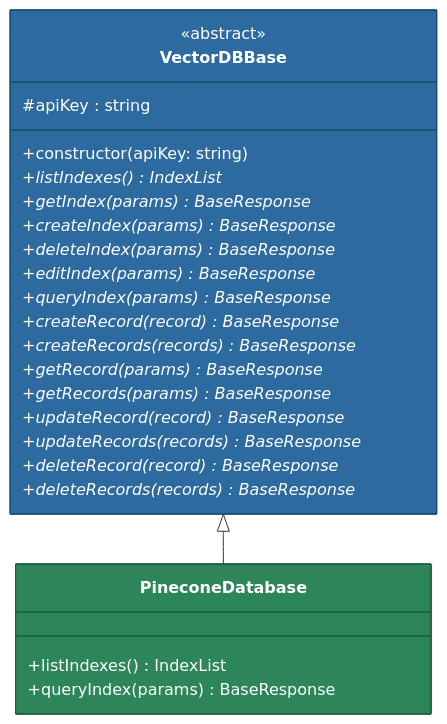
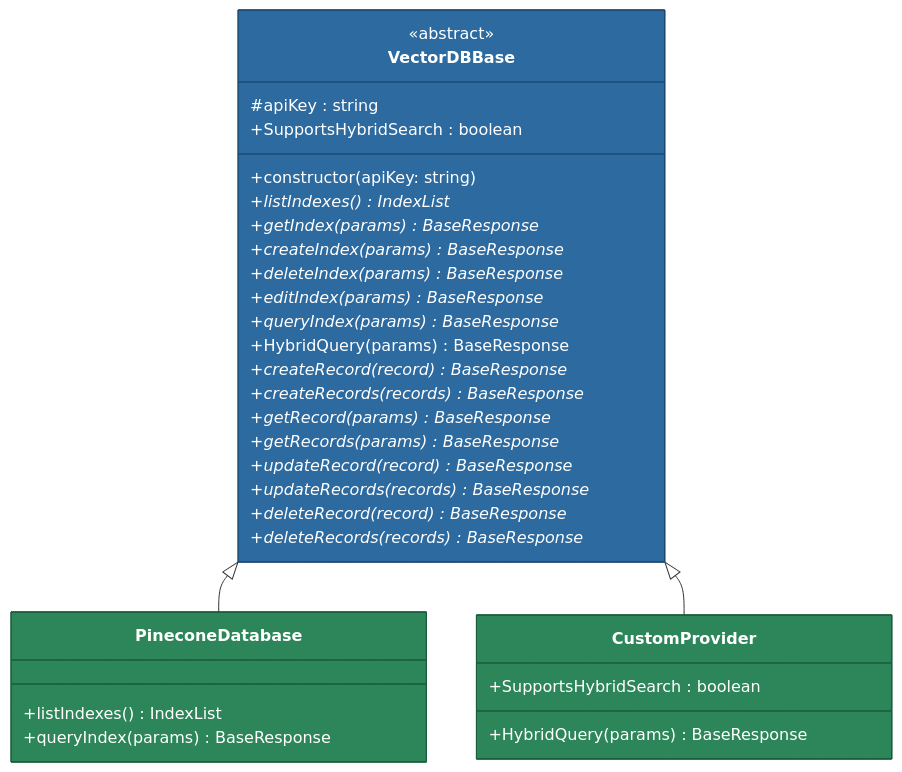
Before and after one commit to MemberJunction/MJ: the second of 3 diagrams in packages/AI/Vectors/Database/README.md, drawn with Mermaid. The commit also changed other lines of this file and 32 other files, not shown here.

````diff
--- a/packages/AI/Vectors/Database/README.md
+++ b/packages/AI/Vectors/Database/README.md
@@ -64,32 +82,41 @@
 ```mermaid
 classDiagram
     class VectorDBBase {
         <<abstract>>
         #apiKey : string
         +constructor(apiKey: string)
+        +SupportsHybridSearch : boolean
         +listIndexes()* IndexList
         +getIndex(params)* BaseResponse
         +createIndex(params)* BaseResponse
         +deleteIndex(params)* BaseResponse
         +editIndex(params)* BaseResponse
         +queryIndex(params)* BaseResponse
+        +HybridQuery(params) BaseResponse
         +createRecord(record)* BaseResponse
         +createRecords(records)* BaseResponse
         +getRecord(params)* BaseResponse
         +getRecords(params)* BaseResponse
         +updateRecord(record)* BaseResponse
         +updateRecords(records)* BaseResponse
         +deleteRecord(record)* BaseResponse
         +deleteRecords(records)* BaseResponse
     }
 
     class PineconeDatabase {
         +listIndexes() IndexList
         +queryIndex(params) BaseResponse
     }
 
+    class CustomProvider {
+        +SupportsHybridSearch : boolean
+        +HybridQuery(params) BaseResponse
+    }
+
     VectorDBBase <|-- PineconeDatabase
+    VectorDBBase <|-- CustomProvider
 
     style VectorDBBase fill:#2d6a9f,stroke:#1a4971,color:#fff
     style PineconeDatabase fill:#2d8659,stroke:#1a5c3a,color:#fff
+    style CustomProvider fill:#2d8659,stroke:#1a5c3a,color:#fff
 ```
````
